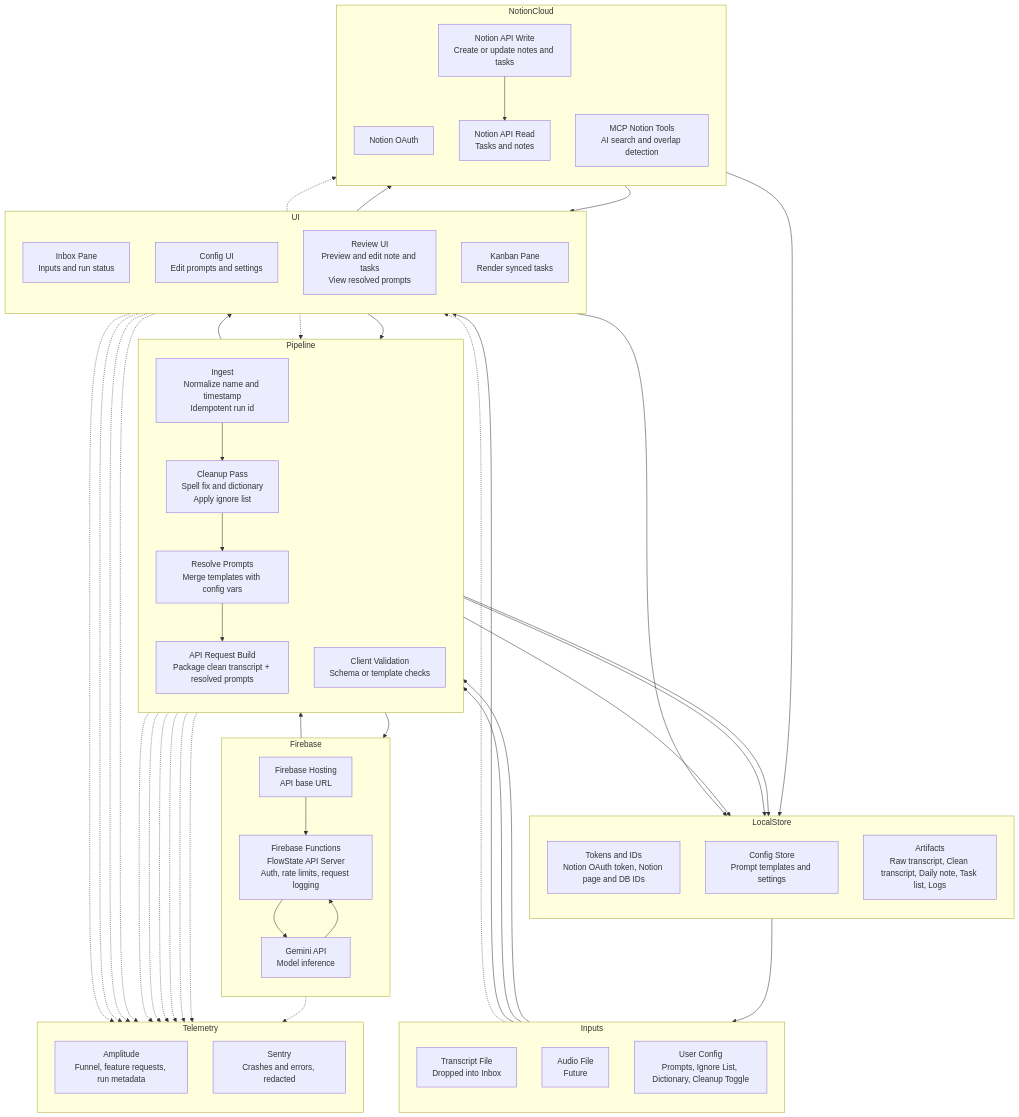
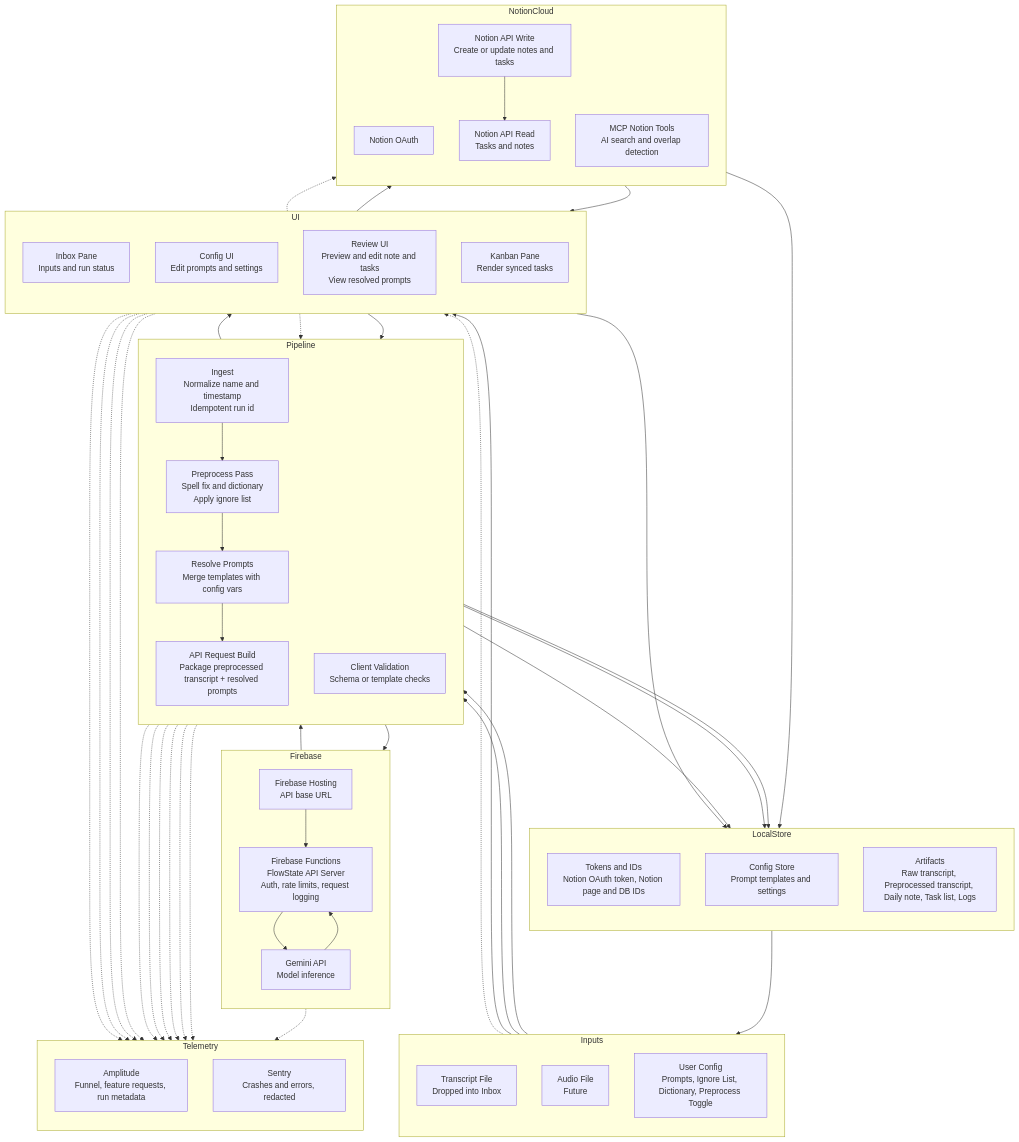
Before and after one commit to hcwiley/flwst: the second of 2 diagrams in notes/flwst-alpha-plan.md, drawn with Mermaid. The commit also changed other lines of this file and 34 other files, not shown here.

```diff
--- a/notes/flwst-alpha-plan.md
+++ b/notes/flwst-alpha-plan.md
@@ -125,7 +125,7 @@
     direction TB
     IN1[Transcript File<br/>Dropped into Inbox]
     IN2[Audio File<br/>Future]
-    CFG[User Config<br/>Prompts, Ignore List, Dictionary, Cleanup Toggle]
+    CFG[User Config<br/>Prompts, Ignore List, Dictionary, Preprocess Toggle]
   end
 
   %% Local Persistence (Encrypted)
@@ -133,7 +133,7 @@
     direction TB
     LS1[Tokens and IDs<br/>Notion OAuth token, Notion page and DB IDs]
     LS2[Config Store<br/>Prompt templates and settings]
-    LS3[Artifacts<br/>Raw transcript, Clean transcript, Daily note, Task list, Logs]
+    LS3[Artifacts<br/>Raw transcript, Preprocessed transcript, Daily note, Task list, Logs]
   end
 
   %% UI
@@ -149,9 +149,9 @@
   subgraph Pipeline
     direction TB
     P0[Ingest<br/>Normalize name and timestamp<br/>Idempotent run id]
-    P1[Cleanup Pass<br/>Spell fix and dictionary<br/>Apply ignore list]
+    P1[Preprocess Pass<br/>Spell fix and dictionary<br/>Apply ignore list]
     P2[Resolve Prompts<br/>Merge templates with config vars]
-    P3[API Request Build<br/>Package clean transcript + resolved prompts]
+    P3[API Request Build<br/>Package preprocessed transcript + resolved prompts]
     P4[Client Validation<br/>Schema or template checks]
   end
 
```
